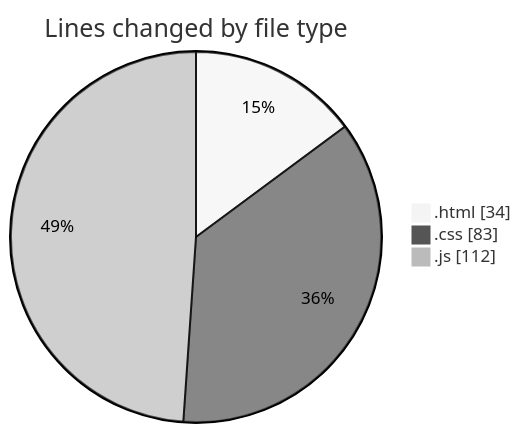
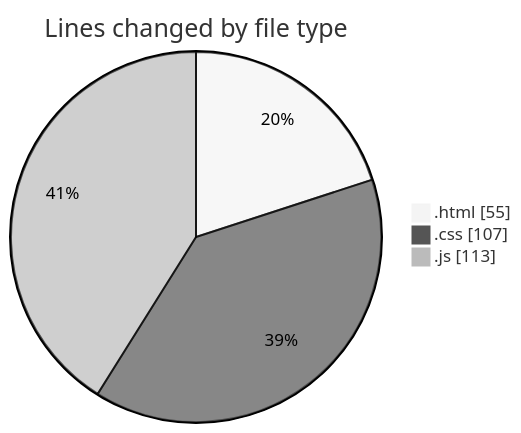
Before and after one commit to Ritupan-Deka/code-tracking: the first of 2 diagrams in 2025-04-28/realtimecollaborativeapp/README.md, drawn with Mermaid (neutral theme). The commit also changed other lines of this file and 1 other file, not shown here.

````diff
--- a/2025-04-28/realtimecollaborativeapp/README.md
+++ b/2025-04-28/realtimecollaborativeapp/README.md
@@ -23,7 +23,7 @@
 ```mermaid
 pie showData
 title Lines changed by file type
-".html" : 34
-".css" : 83
-".js" : 112
+".html" : 55
+".css" : 107
+".js" : 113
 ```
````
